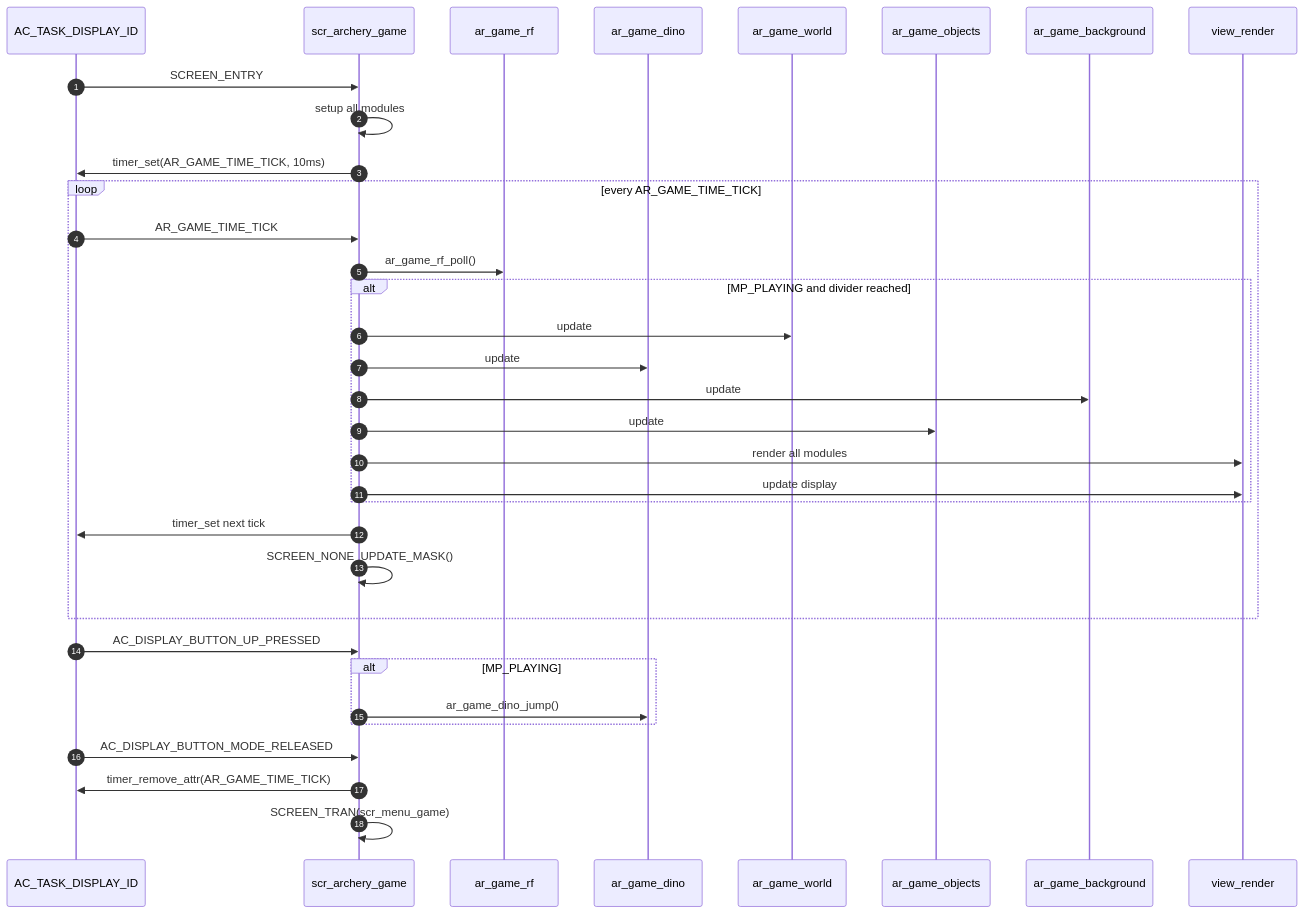
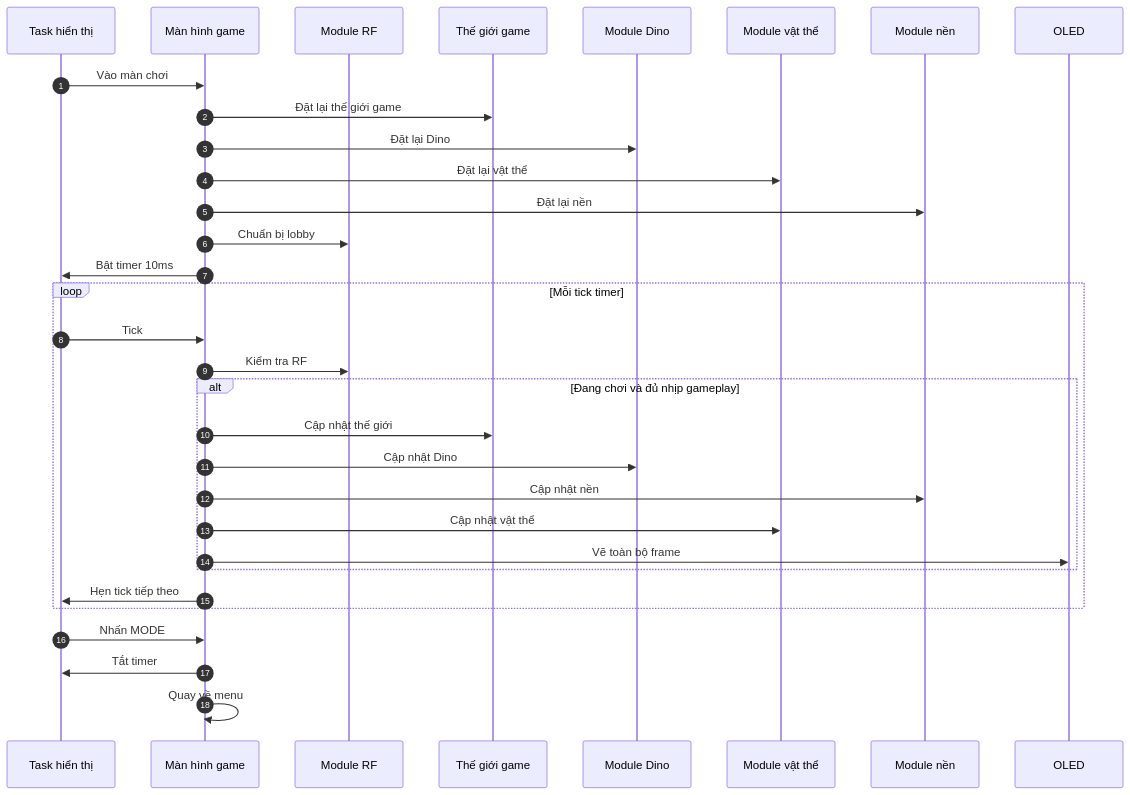
Before and after one commit to trqvu21/AK-KIT_DINOGAME: the seventh of 7 diagrams in README.md, drawn with Mermaid. The commit also changed other lines of this file and 12 other files, not shown here.

````diff
--- a/README.md
+++ b/README.md
@@ -609,40 +393,37 @@
 ```mermaid
 sequenceDiagram
     autonumber
-    participant Display as AC_TASK_DISPLAY_ID
-    participant Screen as scr_archery_game
-    participant RF as ar_game_rf
-    participant Dino as ar_game_dino
-    participant World as ar_game_world
-    participant Objects as ar_game_objects
-    participant BG as ar_game_background
-    participant OLED as view_render
+    participant Display as Task hiển thị
+    participant Screen as Màn hình game
+    participant RF as Module RF
+    participant World as Thế giới game
+    participant Dino as Module Dino
+    participant Objects as Module vật thể
+    participant BG as Module nền
+    participant OLED as OLED
 
-    Display->>Screen: SCREEN_ENTRY
-    Screen->>Screen: setup all modules
-    Screen->>Display: timer_set(AR_GAME_TIME_TICK, 10ms)
+    Display->>Screen: Vào màn chơi
+    Screen->>World: Đặt lại thế giới game
+    Screen->>Dino: Đặt lại Dino
+    Screen->>Objects: Đặt lại vật thể
+    Screen->>BG: Đặt lại nền
+    Screen->>RF: Chuẩn bị lobby
+    Screen->>Display: Bật timer 10ms
 
-    loop every AR_GAME_TIME_TICK
-        Display->>Screen: AR_GAME_TIME_TICK
-        Screen->>RF: ar_game_rf_poll()
-        alt MP_PLAYING and divider reached
-            Screen->>World: update
-            Screen->>Dino: update
-            Screen->>BG: update
-            Screen->>Objects: update
-            Screen->>OLED: render all modules
-            Screen->>OLED: update display
+    loop Mỗi tick timer
+        Display->>Screen: Tick
+        Screen->>RF: Kiểm tra RF
+        alt Đang chơi và đủ nhịp gameplay
+            Screen->>World: Cập nhật thế giới
+            Screen->>Dino: Cập nhật Dino
+            Screen->>BG: Cập nhật nền
+            Screen->>Objects: Cập nhật vật thể
+            Screen->>OLED: Vẽ toàn bộ frame
         end
-        Screen->>Display: timer_set next tick
-        Screen->>Screen: SCREEN_NONE_UPDATE_MASK()
+        Screen->>Display: Hẹn tick tiếp theo
     end
 
-    Display->>Screen: AC_DISPLAY_BUTTON_UP_PRESSED
-    alt MP_PLAYING
-        Screen->>Dino: ar_game_dino_jump()
-    end
-
-    Display->>Screen: AC_DISPLAY_BUTTON_MODE_RELEASED
-    Screen->>Display: timer_remove_attr(AR_GAME_TIME_TICK)
-    Screen->>Screen: SCREEN_TRAN(scr_menu_game)
+    Display->>Screen: Nhấn MODE
+    Screen->>Display: Tắt timer
+    Screen->>Screen: Quay về menu
 ```
````
